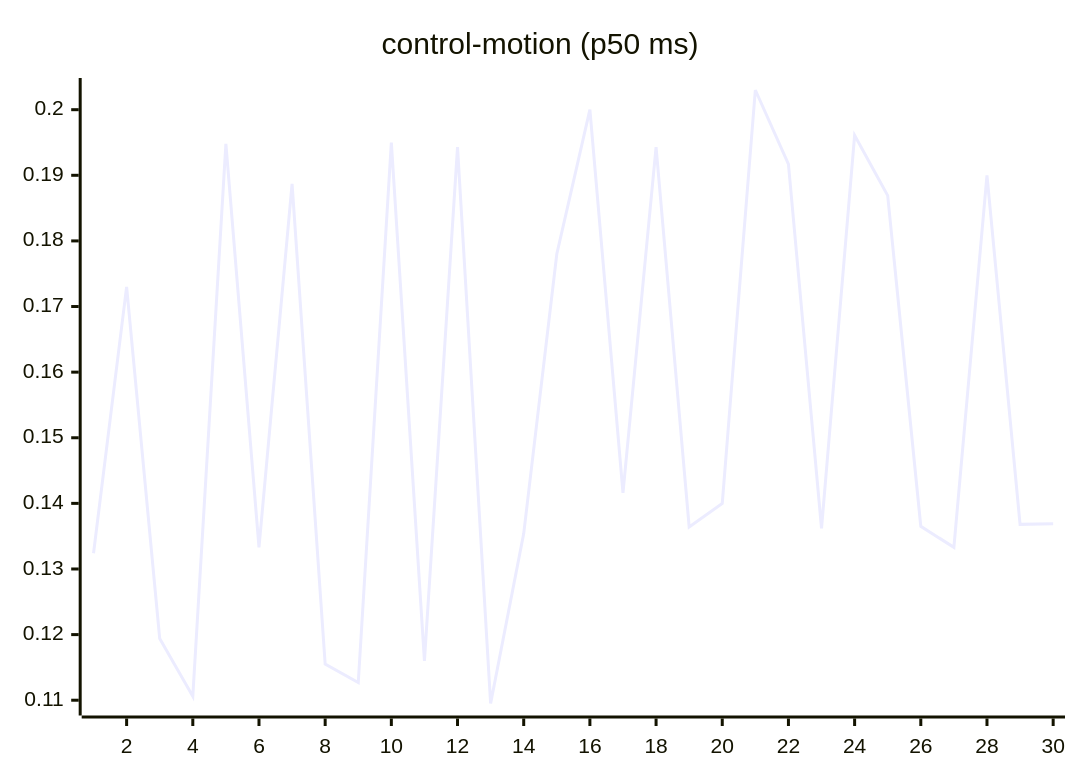
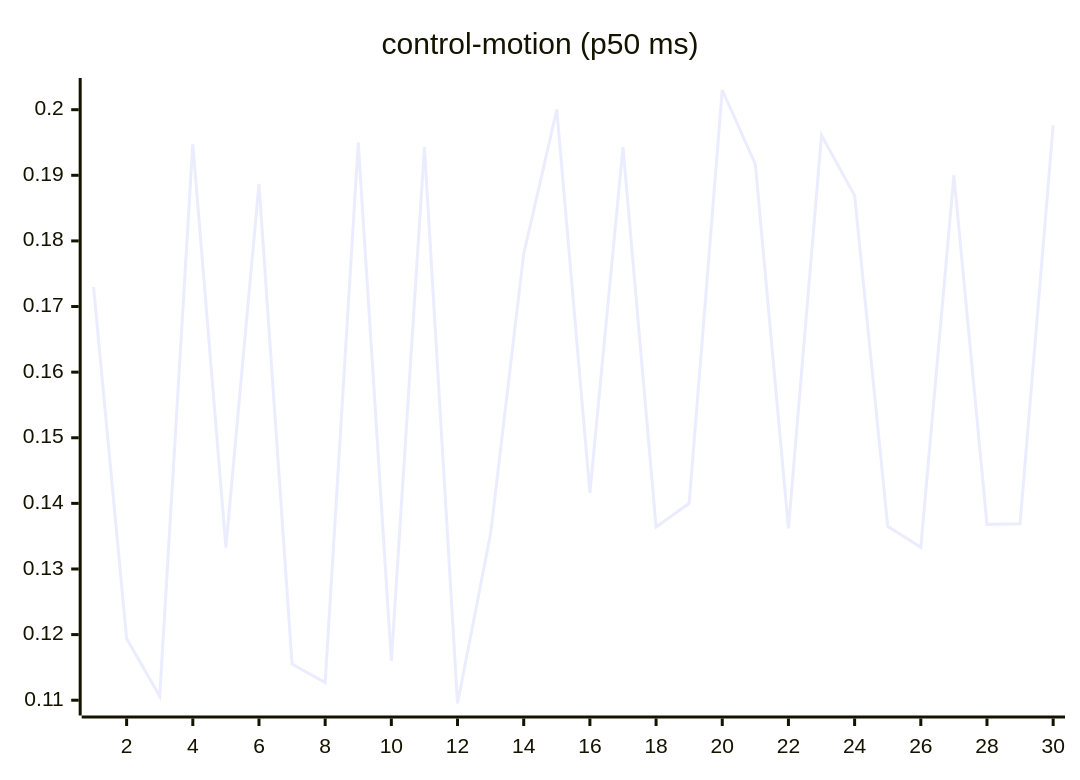
The seventh of 27 diagrams in README.md (josha/Facet), drawn with Mermaid before and after one commit. The commit also changed other lines of this file and 2 other files, not shown here.

````diff
--- a/README.md
+++ b/README.md
@@ -105,6 +105,6 @@
 ```mermaid
 xychart-beta
     title "control-motion (p50 ms)"
     x-axis 1 --> 30
-    line [0.1324, 0.1730, 0.1194, 0.1106, 0.1948, 0.1333, 0.1887, 0.1155, 0.1127, 0.1950, 0.1160, 0.1943, 0.1095, 0.1354, 0.1780, 0.2000, 0.1416, 0.1943, 0.1364, 0.1400, 0.2030, 0.1917, 0.1362, 0.1961, 0.1869, 0.1365, 0.1333, 0.1900, 0.1368, 0.1369]
+    line [0.1730, 0.1194, 0.1106, 0.1948, 0.1333, 0.1887, 0.1155, 0.1127, 0.1950, 0.1160, 0.1943, 0.1095, 0.1354, 0.1780, 0.2000, 0.1416, 0.1943, 0.1364, 0.1400, 0.2030, 0.1917, 0.1362, 0.1961, 0.1869, 0.1365, 0.1333, 0.1900, 0.1368, 0.1369, 0.1976]
 ```
````
